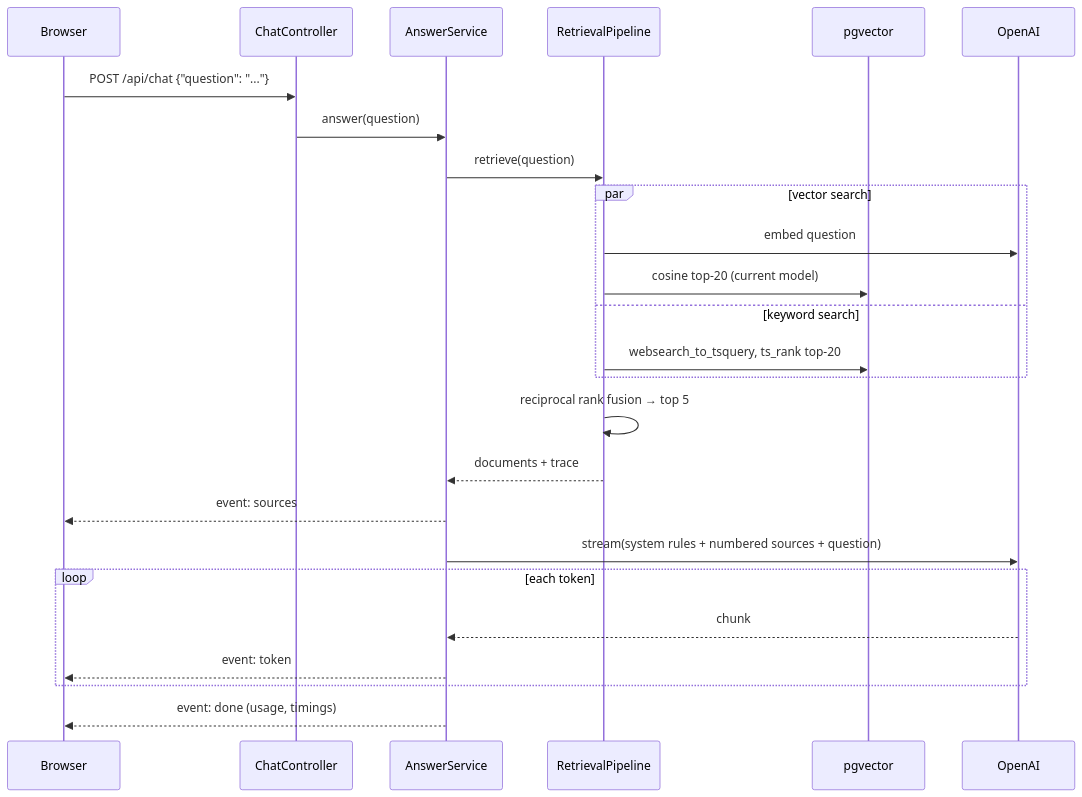
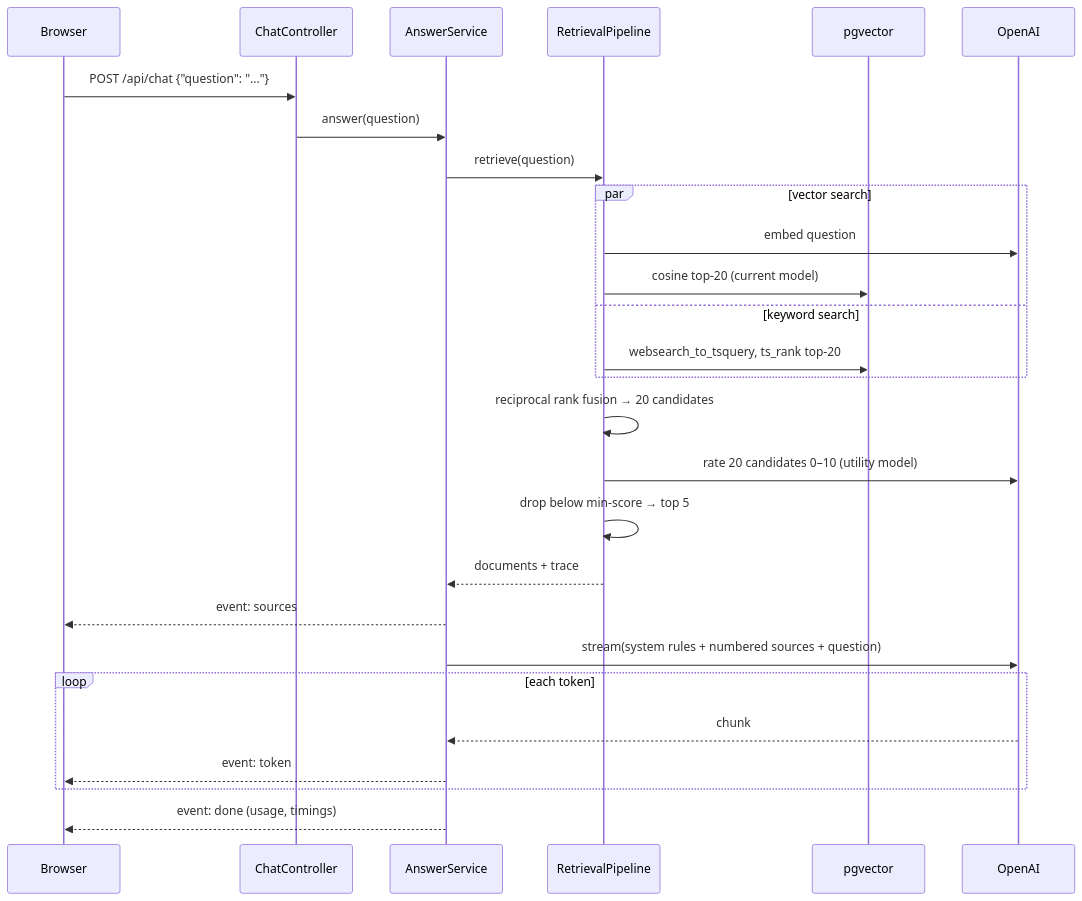
Before and after one commit to SandeepSRathore/rag-pipeline: the third of 3 diagrams in README.md, drawn with Mermaid. The commit also changed other lines of this file and 6 other files, not shown here.

````diff
--- a/README.md
+++ b/README.md
@@ -305,27 +311,29 @@
 ```mermaid
 sequenceDiagram
     participant B as Browser
     participant C as ChatController
     participant A as AnswerService
     participant R as RetrievalPipeline
     participant P as pgvector
     participant O as OpenAI
     B->>C: POST /api/chat {"question": "..."}
     C->>A: answer(question)
     A->>R: retrieve(question)
     par vector search
         R->>O: embed question
         R->>P: cosine top-20 (current model)
     and keyword search
         R->>P: websearch_to_tsquery, ts_rank top-20
     end
-    R->>R: reciprocal rank fusion → top 5
+    R->>R: reciprocal rank fusion → 20 candidates
+    R->>O: rate 20 candidates 0–10 (utility model)
+    R->>R: drop below min-score → top 5
     R-->>A: documents + trace
     A-->>B: event: sources
     A->>O: stream(system rules + numbered sources + question)
     loop each token
         O-->>A: chunk
         A-->>B: event: token
     end
     A-->>B: event: done (usage, timings)
 ```
````
